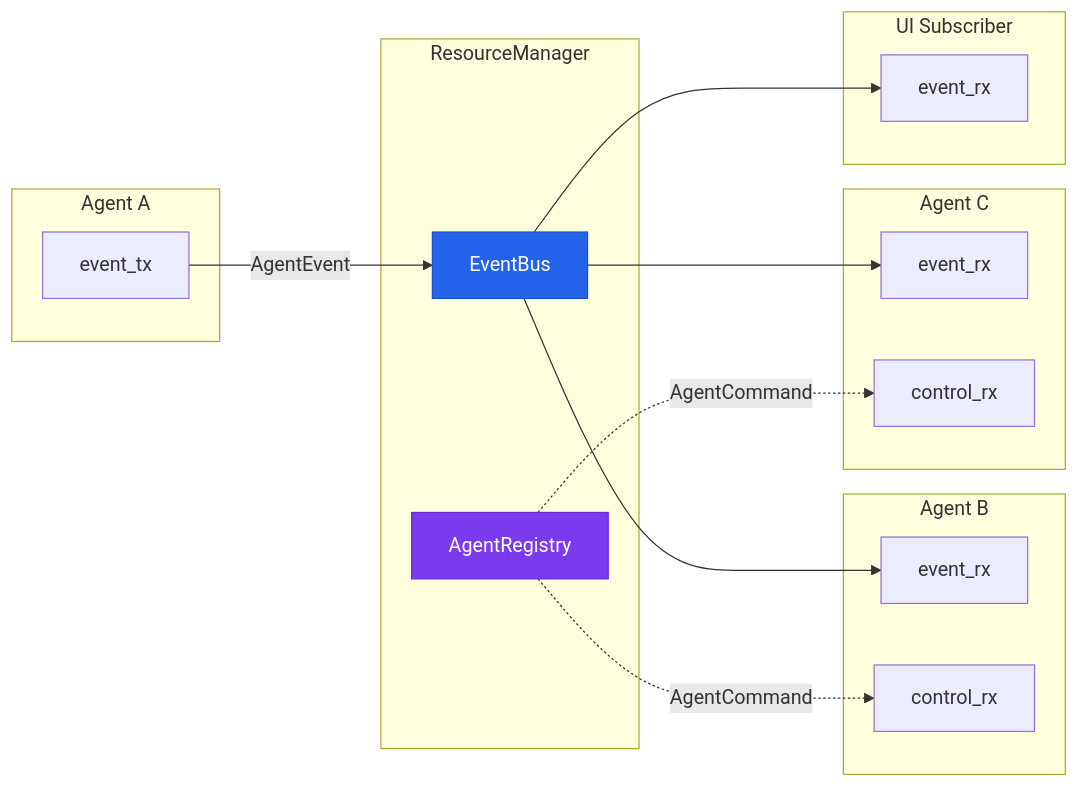
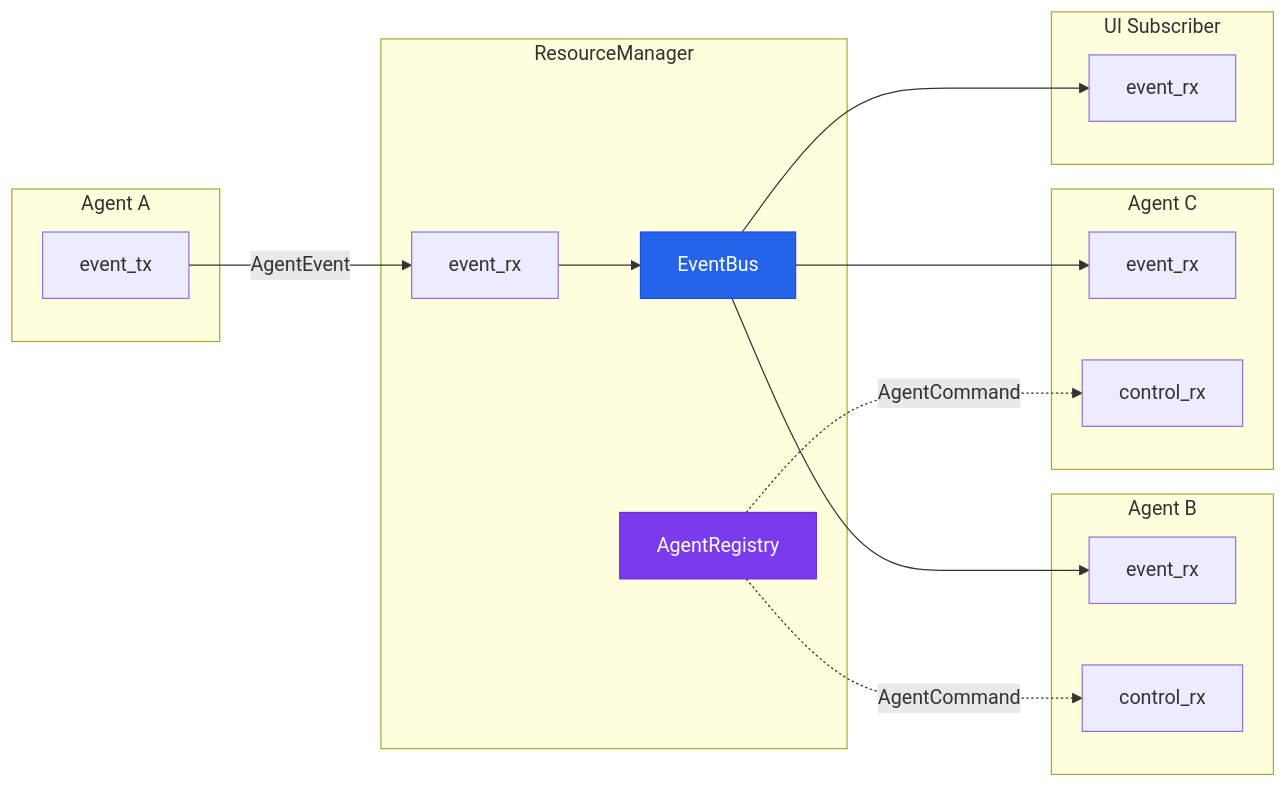
Before and after one commit to lggyx/Hydra: the sixth of 7 diagrams in docs/architecture/diagrams.md, drawn with Mermaid. The commit also changed 1 other file, not shown here.

Commit message:
docs(architecture): 修复 AgentEvent::Subscribe 残留、RM panic 保证描述、diagrams 通信路径

````diff
--- a/docs/architecture/diagrams.md
+++ b/docs/architecture/diagrams.md
@@ -288,36 +288,38 @@
 ```mermaid
 flowchart LR
     subgraph "Agent A"
         A_TX["event_tx"]
     end
 
     subgraph "ResourceManager"
+        RM_RX["event_rx"]
         BUS["EventBus"]
         REG["AgentRegistry"]
     end
 
     subgraph "Agent B"
         B_RX["event_rx"]
         B_CTRL["control_rx"]
     end
 
     subgraph "Agent C"
         C_RX["event_rx"]
         C_CTRL["control_rx"]
     end
 
     subgraph "UI Subscriber"
         UI_RX["event_rx"]
     end
 
-    A_TX -->|AgentEvent| BUS
+    A_TX -->|AgentEvent| RM_RX
+    RM_RX --> BUS
     BUS --> B_RX
     BUS --> C_RX
     BUS --> UI_RX
 
     REG -.->|AgentCommand| B_CTRL
     REG -.->|AgentCommand| C_CTRL
 
     style BUS fill:#2563eb,stroke:#1d4ed8,color:#fff
     style REG fill:#7c3aed,stroke:#6d28d9,color:#fff
 ```
````
